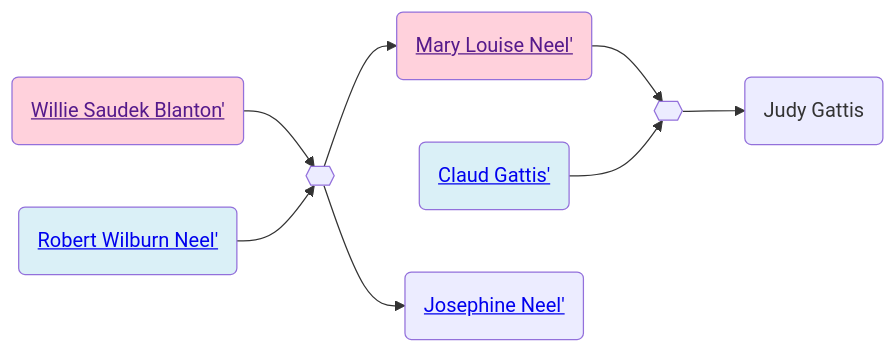
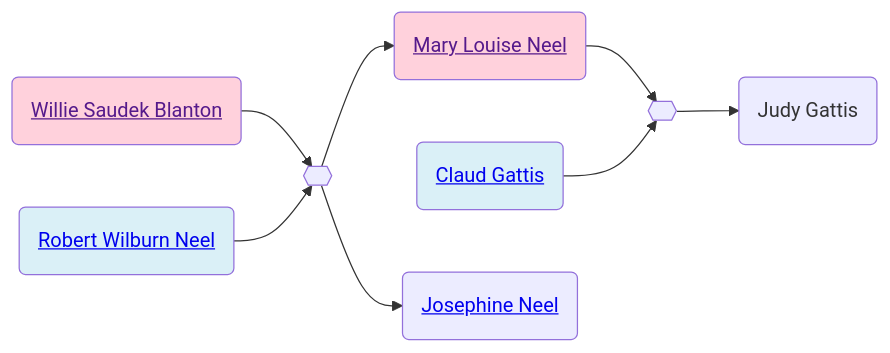
One commit to neelsmith/avocational changed the second of 2 diagrams in familyhistory/sources/people/Neel-line/Blanton-line/Willie_Saudek_Blanton.qmd. Above: the diagram before and after it, drawn with Mermaid. The commit also changed other lines of this file and 96 other files, not shown here.

````diff
--- a/familyhistory/sources/people/Neel-line/Blanton-line/Willie_Saudek_Blanton.qmd
+++ b/familyhistory/sources/people/Neel-line/Blanton-line/Willie_Saudek_Blanton.qmd
@@ -53,23 +53,23 @@
 ```{mermaid}
 graph LR
 %% LR descendant diagram
 class Willie_Saudek_Blanton_and_Robert_Wilburn_Neel marriage
-Willie_Saudek_Blanton(<a href=''>Willie Saudek Blanton'</>) --> Willie_Saudek_Blanton_and_Robert_Wilburn_Neel{{ }}
-Robert_Wilburn_Neel(<a href='./../Robert_Wilburn_Neel.html'>Robert Wilburn Neel'</>) --> Willie_Saudek_Blanton_and_Robert_Wilburn_Neel{{ }}
+Willie_Saudek_Blanton(<a href=''>Willie Saudek Blanton</a>) --> Willie_Saudek_Blanton_and_Robert_Wilburn_Neel{{ }}
+Robert_Wilburn_Neel(<a href='./../Robert_Wilburn_Neel.html'>Robert Wilburn Neel</a>) --> Willie_Saudek_Blanton_and_Robert_Wilburn_Neel{{ }}
 class Robert_Wilburn_Neel father
 class Willie_Saudek_Blanton mother
-Willie_Saudek_Blanton_and_Robert_Wilburn_Neel{{ }} --> Mary_Louise_Neel(<a href='./../Mary_Louise_Neel.html'>Mary Louise Neel'</>)
+Willie_Saudek_Blanton_and_Robert_Wilburn_Neel{{ }} --> Mary_Louise_Neel(<a href='./../Mary_Louise_Neel.html'>Mary Louise Neel</a>)
 class Mary_Louise_Neel_and_Claud_Gattis marriage
-Mary_Louise_Neel(<a href=''>Mary Louise Neel'</>) --> Mary_Louise_Neel_and_Claud_Gattis{{ }}
-Claud_Gattis(<a href='./../Gattis-line/Claud_Gattis.html'>Claud Gattis'</>) --> Mary_Louise_Neel_and_Claud_Gattis{{ }}
+Mary_Louise_Neel(<a href=''>Mary Louise Neel</a>) --> Mary_Louise_Neel_and_Claud_Gattis{{ }}
+Claud_Gattis(<a href='./../Gattis-line/Claud_Gattis.html'>Claud Gattis</a>) --> Mary_Louise_Neel_and_Claud_Gattis{{ }}
 class Claud_Gattis father
 class Mary_Louise_Neel mother
 Mary_Louise_Neel_and_Claud_Gattis{{ }} --> Judy_Gattis(Judy Gattis)
 class Robert_Wilburn_Neel father
 class Willie_Saudek_Blanton mother
-Willie_Saudek_Blanton_and_Robert_Wilburn_Neel{{ }} --> Josephine_Neel(<a href='./../Josephine_Neel.html'>Josephine Neel'</>)
+Willie_Saudek_Blanton_and_Robert_Wilburn_Neel{{ }} --> Josephine_Neel(<a href='./../Josephine_Neel.html'>Josephine Neel</a>)
 classDef mother fill:#ffd1dc
 classDef father fill:#daf0f7  
 classDef marriage fill:#ffffff
 
 ```
````
